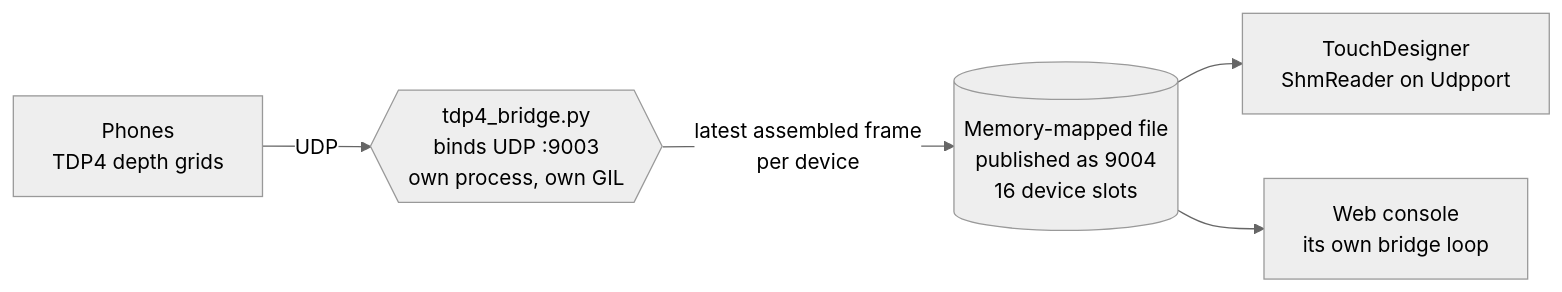
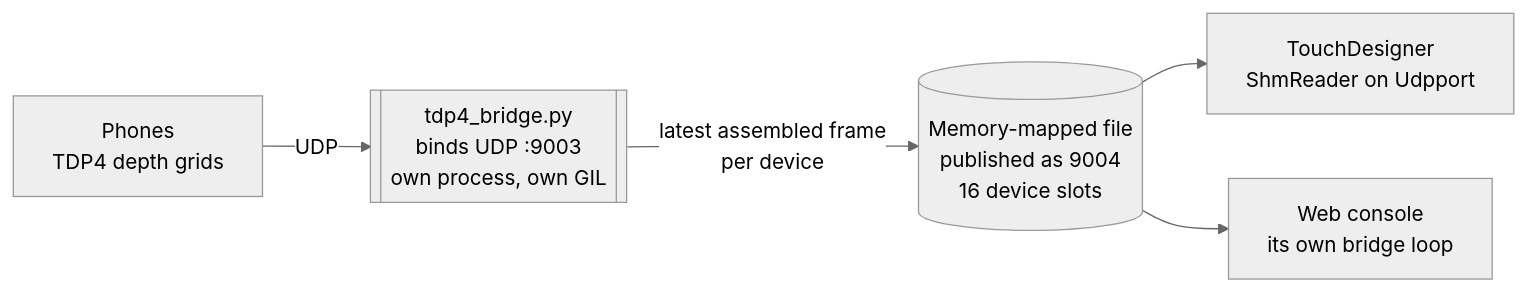
Before and after one commit to AristidesAI/TDStage-Docs: the first of 2 diagrams in td/running.md, drawn with Mermaid (neutral theme). The commit also changed 5 other files, not shown here.

First line of the commit message:
Two silent diagram failures, and a check so they cannot come back

````diff
--- a/td/running.md
+++ b/td/running.md
@@ -39,13 +39,13 @@
 ```mermaid
 flowchart LR
   PH["Phones<br/>TDP4 depth grids"]
-  BR{{"tdp4_bridge.py<br/>binds UDP :9003<br/>own process, own GIL"}}
+  BR[["tdp4_bridge.py<br/>binds UDP :9003<br/>own process, own GIL"]]
   SHM[("Memory-mapped file<br/>published as 9004<br/>16 device slots")]
   TD["TouchDesigner<br/>ShmReader on Udpport"]
   CON["Web console<br/>its own bridge loop"]
 
   PH -- "UDP" --> BR
   BR -- "latest assembled frame<br/>per device" --> SHM
   SHM --> TD
   SHM --> CON
 ```
````
